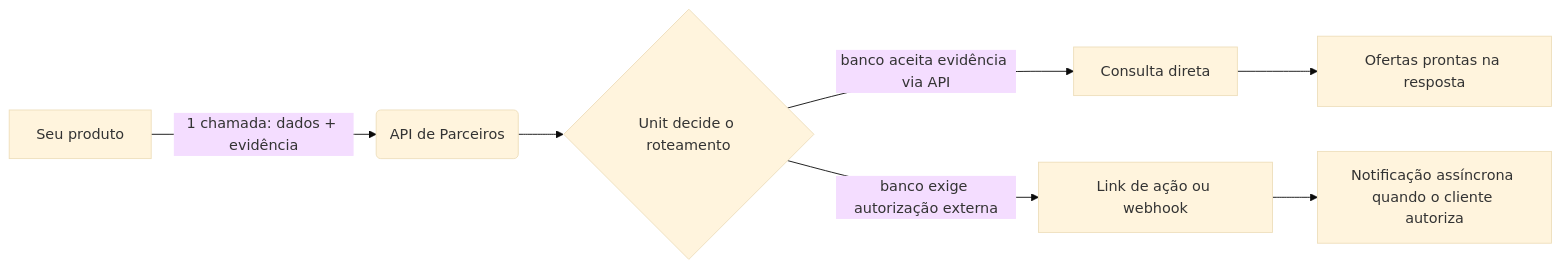
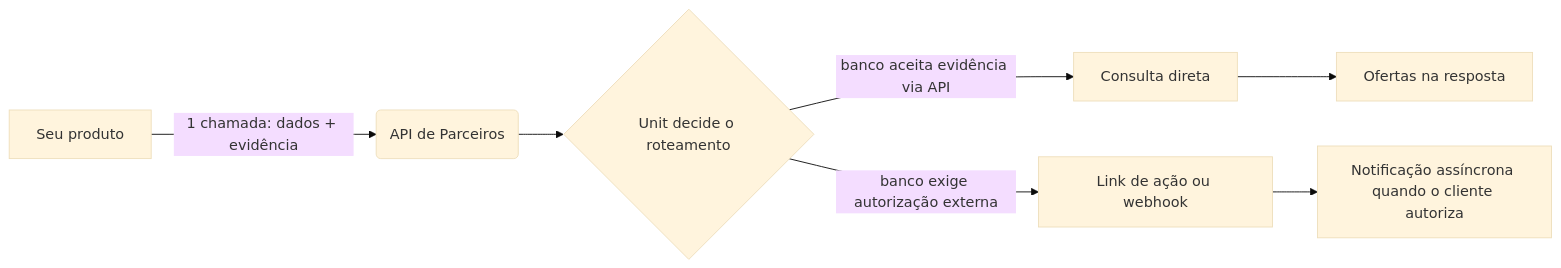
Before and after one commit to guilhermeunit/docs: the diagram in api-parceiros.mdx, drawn with Mermaid (base theme). The commit also changed other lines of this file and 3 other files, not shown here.

````diff
--- a/api-parceiros.mdx
+++ b/api-parceiros.mdx
@@ -19,9 +23,9 @@
 ```mermaid
 flowchart LR
     A[Seu produto] -->|1 chamada: dados + evidência| B(API de Parceiros)
     B --> C{Unit decide o roteamento}
     C -->|banco aceita evidência via API| D[Consulta direta]
-    D --> F[Ofertas prontas na resposta]
+    D --> F[Ofertas na resposta]
     C -->|banco exige autorização externa| E[Link de ação ou webhook]
     E --> G[Notificação assíncrona quando o cliente autoriza]
 ```
````
